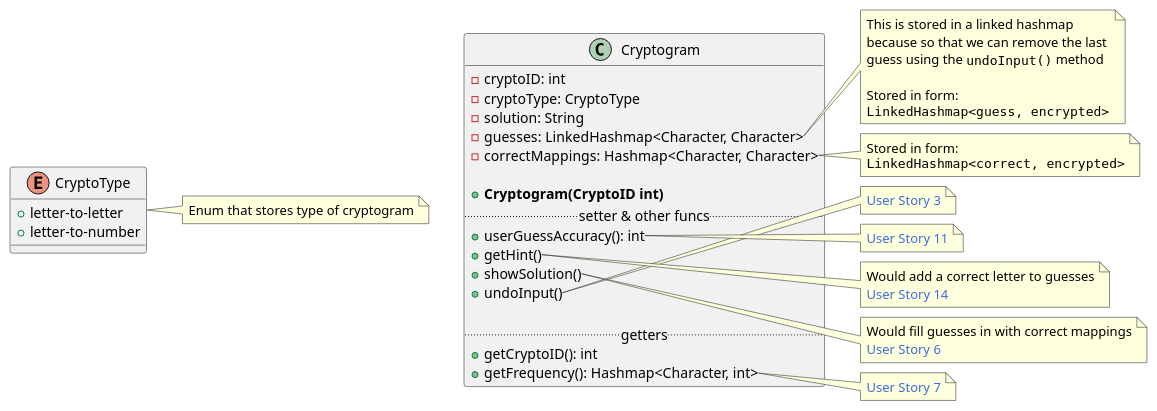
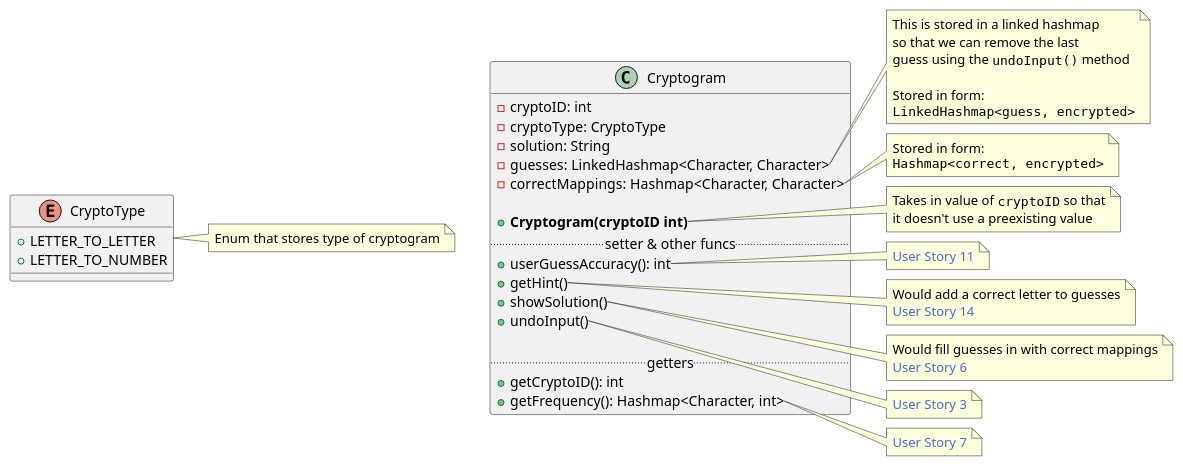
The diagram in Class-Diagrams/src/cryptogram.puml (finlaysr/CS207-Cryptograms), drawn with PlantUML before and after one commit. The commit also changed 3 other files, not shown here.

```diff
--- a/Class-Diagrams/src/cryptogram.puml
+++ b/Class-Diagrams/src/cryptogram.puml
@@ -1,75 +1,74 @@
 @startuml
 
 ' Maybe should be an interface
 class Cryptogram {
     - cryptoID: int
     - cryptoType: CryptoType
     - solution: String
     - guesses: LinkedHashmap<Character, Character>
     - correctMappings: Hashmap<Character, Character>
 
-    + **Cryptogram(CryptoID int)**
+    + **Cryptogram(cryptoID int)**
     ..setter & other funcs..
     + userGuessAccuracy(): int    
     + getHint()
     + showSolution()
     + undoInput()
 
     ..getters..
     + getCryptoID(): int
     + getFrequency(): Hashmap<Character, int>
 }
 
 enum CryptoType{
-
-    + letter-to-letter
-    + letter-to-number
+    + LETTER_TO_LETTER
+    + LETTER_TO_NUMBER
 }
 
 note right of CryptoType
     Enum that stores type of cryptogram
 end Note
 
 
 note right of Cryptogram::guesses
     This is stored in a linked hashmap
-    because so that we can remove the last 
+    so that we can remove the last
     guess using the ""undoInput()"" method
 
     Stored in form:
     ""LinkedHashmap<guess, encrypted>""
 end note
 
 note right of Cryptogram::correctMappings
     Stored in form:
-    ""LinkedHashmap<correct, encrypted>""
+    ""Hashmap<correct, encrypted>""
 end note
 
-note right of Cryptogram::undoInput
-    pop the last value
-    from the guesses stack
+note right of Cryptogram::Cryptogram
+    Takes in value of ""cryptoID"" so that
+    it doesn't use a preexisting value
 end note
 
 note right of Cryptogram::userGuessAccuracy
     <color:royalBlue>User Story 11</color>
 end note
 
 note right of Cryptogram::getHint
     Would add a correct letter to guesses
     <color:royalBlue>User Story 14</color>
 end note
 
 note right of Cryptogram::showSolution
     Would fill guesses in with correct mappings
     <color:royalBlue>User Story 6</color>
 end note
 
 note right of Cryptogram::undoInput
     <color:royalBlue>User Story 3</color>
 end note
 
 note right of Cryptogram::getFrequency
     <color:royalBlue>User Story 7</color>
 end note
 
 @enduml
```
